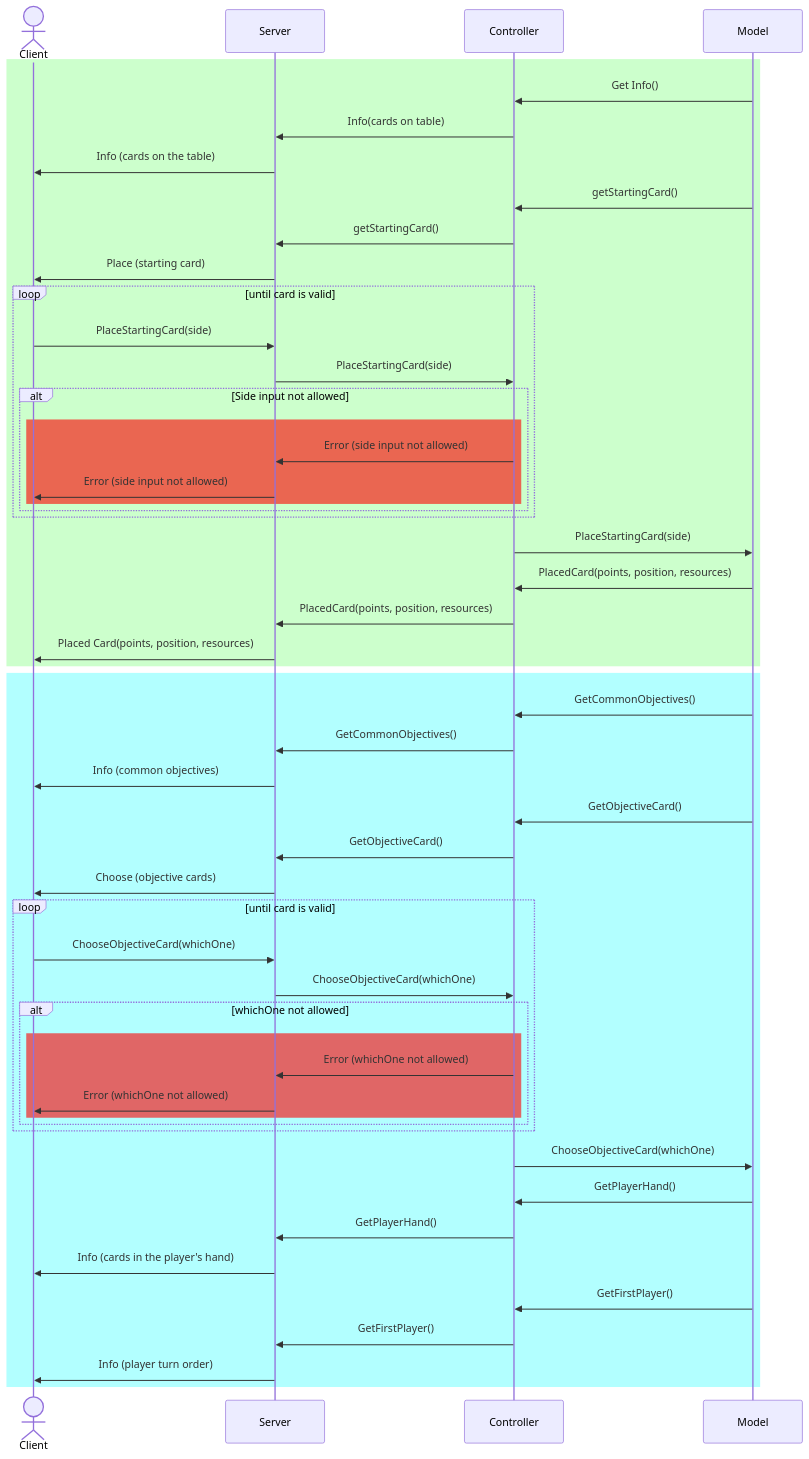
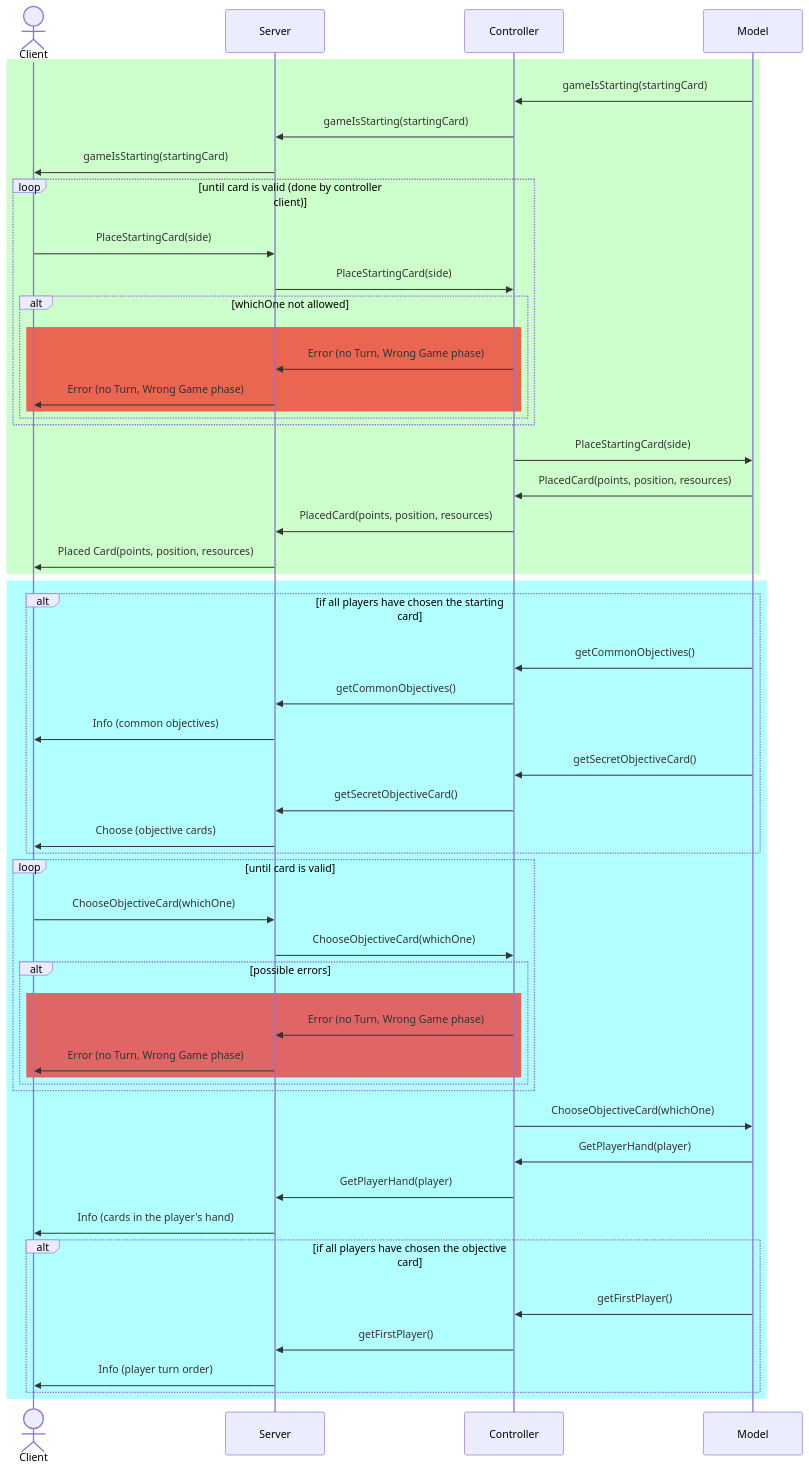
One commit to TheCaptainCraken/IS24-AM26 changed the second of 4 diagrams in deliverables/connection-serius.md. Above: the diagram before and after it, drawn with Mermaid. The commit also changed other lines of this file and 1 other file, not shown here.

Commit message:
correct data diagram

````diff
--- a/deliverables/connection-serius.md
+++ b/deliverables/connection-serius.md
@@ -112,64 +154,67 @@
 ```mermaid
 sequenceDiagram
     actor Client
     participant Server
     participant Controller
     participant Model
 
     rect rgba(0, 255, 0, 0.2)
-    Model ->> Controller: Get Info()
-    Controller ->> Server: Info(cards on table)
+    Model ->> Controller: gameIsStarting(startingCard)
+    Controller ->> Server: gameIsStarting(startingCard)
+    Server ->> Client:  gameIsStarting(startingCard)
     
-    Server ->> Client: Info (cards on the table)
-    Model ->> Controller: getStartingCard()
-    Controller ->> Server: getStartingCard()
-    Server ->> Client: Place (starting card)
-    
-    loop until card is valid
+  
+  
+    loop until card is valid (done by controller client)
     Client ->> Server: PlaceStartingCard(side)
-    Server ->> Controller: PlaceStartingCard(side) 
-    alt Side input not allowed
-        rect rgba(255, 0, 0, 0.6)
-        Controller ->> Server: Error (side input not allowed)
-        Server ->> Client: Error (side input not allowed)
-        end
-    end
+    Server ->> Controller: PlaceStartingCard(side)
+       alt whichOne not allowed
+          rect rgba(255, 0, 0, 0.6)
+             Controller ->> Server: Error (no Turn, Wrong Game phase)
+             Server ->> Client: Error (no Turn, Wrong Game phase)
+          end
+       end
+  
     end 
     Controller ->> Model: PlaceStartingCard(side)
     
     Model ->> Controller: PlacedCard(points, position, resources)   
     Controller ->> Server: PlacedCard(points, position, resources)
     Server ->> Client: Placed Card(points, position, resources)
     end
 
     rect rgba(0, 255, 255, 0.3)
-    Model ->> Controller: GetCommonObjectives()
-    Controller ->> Server: GetCommonObjectives()
-    Server ->> Client: Info (common objectives)
+    alt if all players have chosen the starting card
     
-    Model ->> Controller: GetObjectiveCard()
-    Controller ->> Server: GetObjectiveCard()
-    Server ->> Client: Choose (objective cards)
-        
+       Model ->> Controller: getCommonObjectives()
+       Controller ->> Server: getCommonObjectives()
+       Server ->> Client: Info (common objectives)
+       
+       Model ->> Controller: getSecretObjectiveCard()
+       Controller ->> Server: getSecretObjectiveCard()
+       Server ->> Client: Choose (objective cards)
+    end
     loop until card is valid
     Client ->> Server: ChooseObjectiveCard(whichOne)
     Server ->> Controller: ChooseObjectiveCard(whichOne)
-    alt whichOne not allowed
+    alt possible errors
         rect rgba(255, 0, 0, 0.6)
-        Controller ->> Server: Error (whichOne not allowed)
-        Server ->> Client: Error (whichOne not allowed)
+        Controller ->> Server: Error (no Turn, Wrong Game phase)
+        Server ->> Client: Error (no Turn, Wrong Game phase)
         end
     end
     end
     Controller ->> Model: ChooseObjectiveCard(whichOne)
     
-    Model ->> Controller: GetPlayerHand()
-    Controller ->> Server: GetPlayerHand()
+    Model ->> Controller: GetPlayerHand(player)
+    Controller ->> Server: GetPlayerHand(player)
     Server ->> Client: Info (cards in the player's hand)
     
-    Model ->> Controller: GetFirstPlayer()
-    Controller ->> Server: GetFirstPlayer()
+    alt if all players have chosen the objective card
+    Model ->> Controller: getFirstPlayer()
+    Controller ->> Server: getFirstPlayer()
     Server ->> Client: Info (player turn order)
+    end
     end
 
 ```
````
